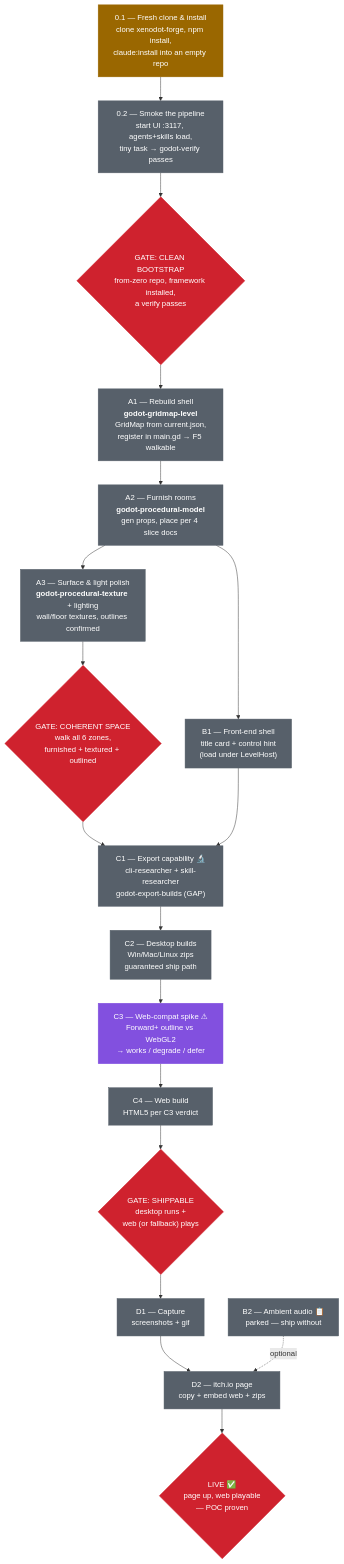
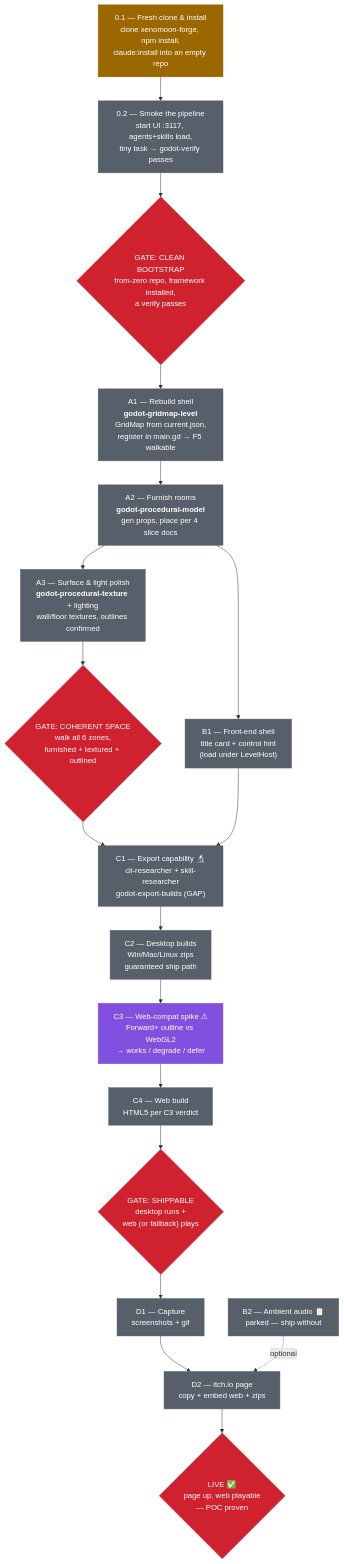
One commit to Pexelins/xenomoon changed the diagram in docs/roadmap/itch_demo.md. Above: the diagram before and after it, drawn with Mermaid. The commit also changed other lines of this file and 261 other files, not shown here.

````diff
--- a/docs/roadmap/itch_demo.md
+++ b/docs/roadmap/itch_demo.md
@@ -30,38 +30,38 @@
 ```mermaid
 flowchart TD
-    T01["0.1 — Fresh clone &amp; install<br/>clone xenodot-forge, npm install,<br/>claude:install into an empty repo"]
+    T01["0.1 — Fresh clone &amp; install<br/>clone xenomoon-forge, npm install,<br/>claude:install into an empty repo"]
     T02["0.2 — Smoke the pipeline<br/>start UI :3117, agents+skills load,<br/>tiny task → godot-verify passes"]
     BOOT{"GATE: CLEAN BOOTSTRAP<br/>from-zero repo, framework installed,<br/>a verify passes"}
     A1["A1 — Rebuild shell<br/><b>godot-gridmap-level</b><br/>GridMap from current.json,<br/>register in main.gd → F5 walkable"]
     A2["A2 — Furnish rooms<br/><b>godot-procedural-model</b><br/>gen props, place per 4 slice docs"]
     A3["A3 — Surface &amp; light polish<br/><b>godot-procedural-texture</b> + lighting<br/>wall/floor textures, outlines confirmed"]
     SPACE{"GATE: COHERENT SPACE<br/>walk all 6 zones,<br/>furnished + textured + outlined"}
     B1["B1 — Front-end shell<br/>title card + control hint<br/>(load under LevelHost)"]
     B2["B2 — Ambient audio 📋<br/>parked — ship without"]
     C1["C1 — Export capability 🔬<br/>cli-researcher + skill-researcher<br/>godot-export-builds (GAP)"]
     C2["C2 — Desktop builds<br/>Win/Mac/Linux zips<br/>guaranteed ship path"]
     C3["C3 — Web-compat spike ⚠<br/>Forward+ outline vs WebGL2<br/>→ works / degrade / defer"]
     C4["C4 — Web build<br/>HTML5 per C3 verdict"]
     SHIP{"GATE: SHIPPABLE<br/>desktop runs +<br/>web (or fallback) plays"}
     D1["D1 — Capture<br/>screenshots + gif"]
     D2["D2 — itch.io page<br/>copy + embed web + zips"]
     LIVE{"LIVE ✅<br/>page up, web playable<br/>— POC proven"}
 
     T01 --> T02 --> BOOT --> A1
     A1 --> A2 --> A3 --> SPACE
     A2 --> B1
     SPACE --> C1
     B1 --> C1
     C1 --> C2 --> C3 --> C4 --> SHIP
     SHIP --> D1 --> D2 --> LIVE
     B2 -.->|optional| D2
 
     classDef next fill:#9a6700,color:#fff,stroke:#9a6700
     classDef planned fill:#57606a,color:#fff,stroke:#57606a
     classDef gate fill:#cf222e,color:#fff,stroke:#cf222e
     classDef risk fill:#8250df,color:#fff,stroke:#8250df
     class T01 next
     class T02,A1,A2,A3,B1,B2,C1,C2,C4,D1,D2 planned
     class C3 risk
     class BOOT,SPACE,SHIP,LIVE gate
 ```
````
